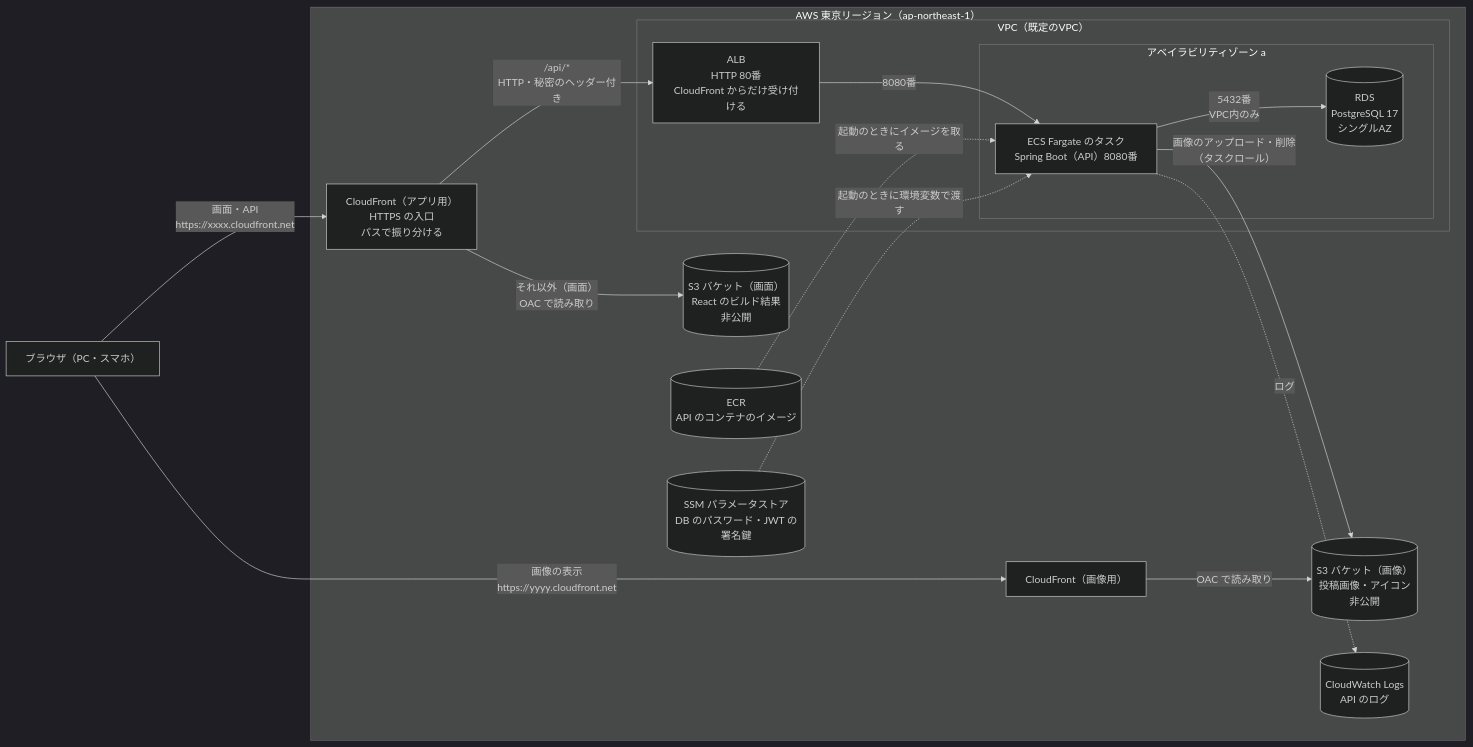
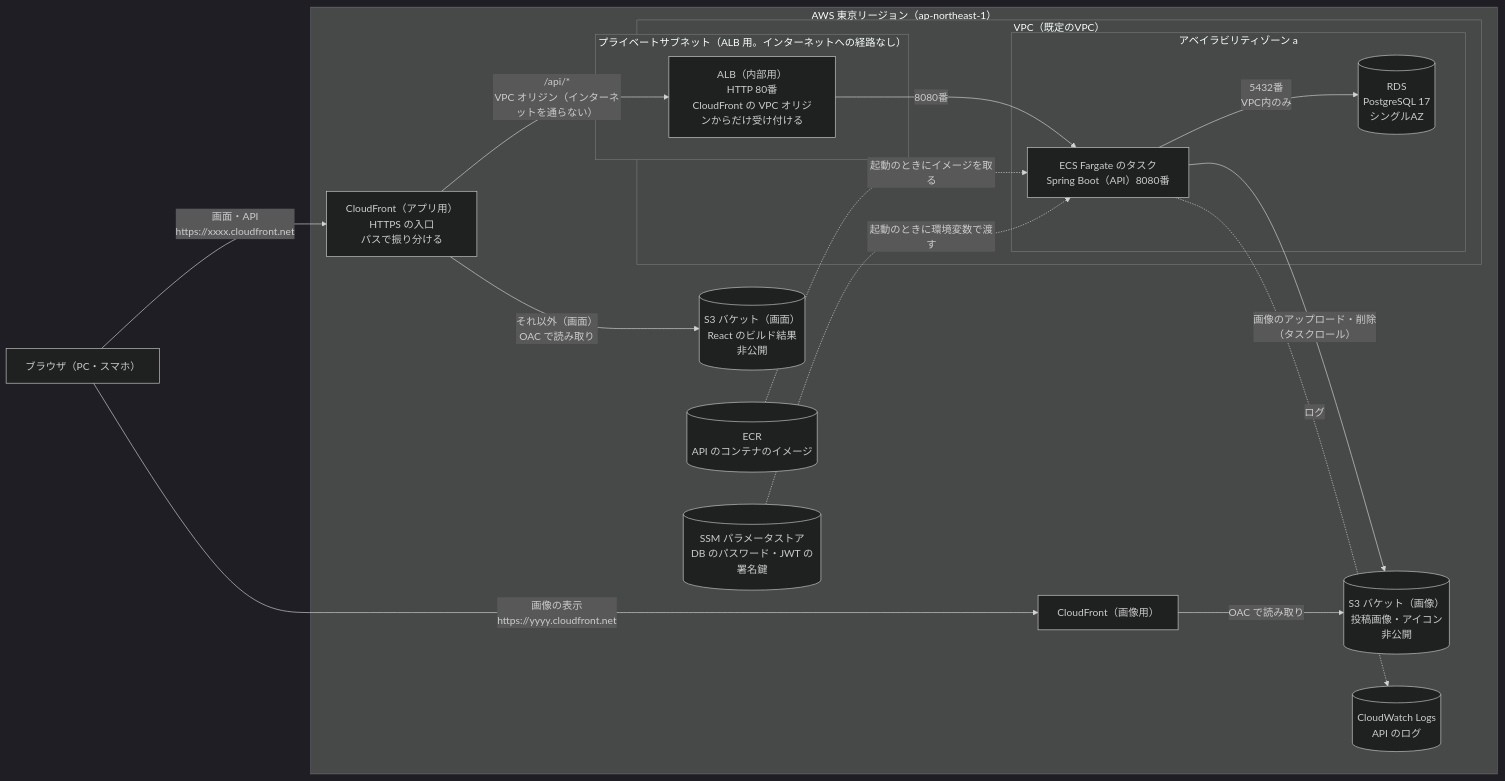
The diagram in docs/infrastructure.md (okky0908-prog/sns-app), drawn with Mermaid (dark theme) before and after one commit. The commit also changed other lines of this file and 11 other files, not shown here.

First line of the commit message:
feat: CloudFront から ALB への通信をインターネットに出さない（VPC オリジン）

````diff
--- a/docs/infrastructure.md
+++ b/docs/infrastructure.md
@@ -12,35 +12,37 @@
 ```mermaid
 flowchart LR
     Browser["ブラウザ（PC・スマホ）"]
 
     subgraph AWS["AWS 東京リージョン（ap-northeast-1）"]
         CFApp["CloudFront（アプリ用）<br/>HTTPS の入口<br/>パスで振り分ける"]
         CFImg["CloudFront（画像用）"]
         S3Front[("S3 バケット（画面）<br/>React のビルド結果<br/>非公開")]
         S3Img[("S3 バケット（画像）<br/>投稿画像・アイコン<br/>非公開")]
         ECR[("ECR<br/>API のコンテナのイメージ")]
         SSM[("SSM パラメータストア<br/>DB のパスワード・JWT の署名鍵")]
         Logs[("CloudWatch Logs<br/>API のログ")]
 
         subgraph VPC["VPC（既定のVPC）"]
-            ALB["ALB<br/>HTTP 80番<br/>CloudFront からだけ受け付ける"]
+            subgraph Private["プライベートサブネット（ALB 用。インターネットへの経路なし）"]
+                ALB["ALB（内部用）<br/>HTTP 80番<br/>CloudFront の VPC オリジンからだけ受け付ける"]
+            end
 
             subgraph AZa["アベイラビリティゾーン a"]
                 Task["ECS Fargate のタスク<br/>Spring Boot（API）8080番"]
                 RDS[("RDS<br/>PostgreSQL 17<br/>シングルAZ")]
             end
         end
     end
 
     Browser -->|"画面・API<br/>https://xxxx.cloudfront.net"| CFApp
     CFApp -->|"それ以外（画面）<br/>OAC で読み取り"| S3Front
-    CFApp -->|"/api/*<br/>HTTP・秘密のヘッダー付き"| ALB
+    CFApp -->|"/api/*<br/>VPC オリジン（インターネットを通らない）"| ALB
     ALB -->|"8080番"| Task
     Task -->|"5432番<br/>VPC内のみ"| RDS
     Task -->|"画像のアップロード・削除<br/>（タスクロール）"| S3Img
     ECR -. "起動のときにイメージを取る" .-> Task
     SSM -. "起動のときに環境変数で渡す" .-> Task
     Task -. "ログ" .-> Logs
     Browser -->|"画像の表示<br/>https://yyyy.cloudfront.net"| CFImg
     CFImg -->|"OAC で読み取り"| S3Img
 ```
````
